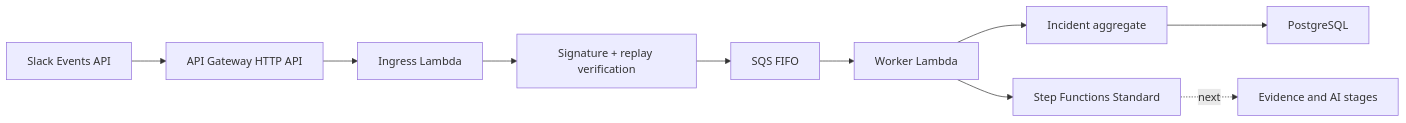
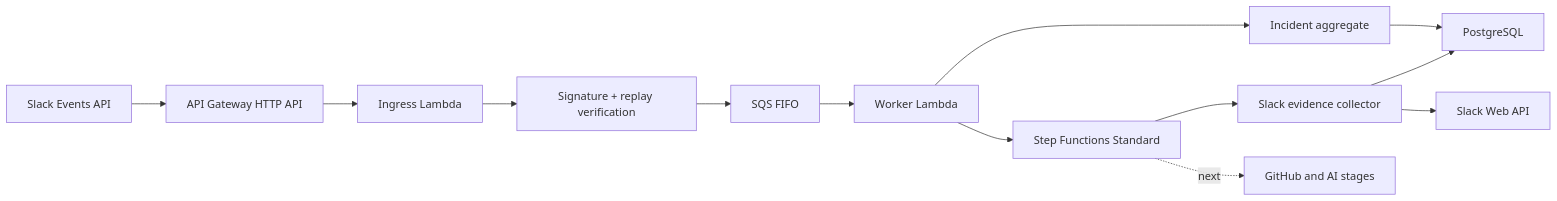
The diagram in README.md (SharmaKunal14/slack-incidence-evidence), drawn with Mermaid before and after one commit. The commit also changed other lines of this file and 31 other files, not shown here.

First line of the commit message:
feat: collect and checkpoint Slack incident evidence

````diff
--- a/README.md
+++ b/README.md
@@ -40,12 +47,15 @@
 ```mermaid
 flowchart LR
     Slack["Slack Events API"] --> Gateway["API Gateway HTTP API"]
     Gateway --> API["Ingress Lambda"]
     API --> Verify["Signature + replay verification"]
     Verify --> SQS["SQS FIFO"]
     SQS --> Worker["Worker Lambda"]
     Worker --> Domain["Incident aggregate"]
     Domain --> Postgres["PostgreSQL"]
     Worker --> SFN["Step Functions Standard"]
-    SFN -. "next" .-> Future["Evidence and AI stages"]
+    SFN --> Collector["Slack evidence collector"]
+    Collector --> SlackAPI["Slack Web API"]
+    Collector --> Postgres
+    SFN -. "next" .-> Future["GitHub and AI stages"]
 ```
````
